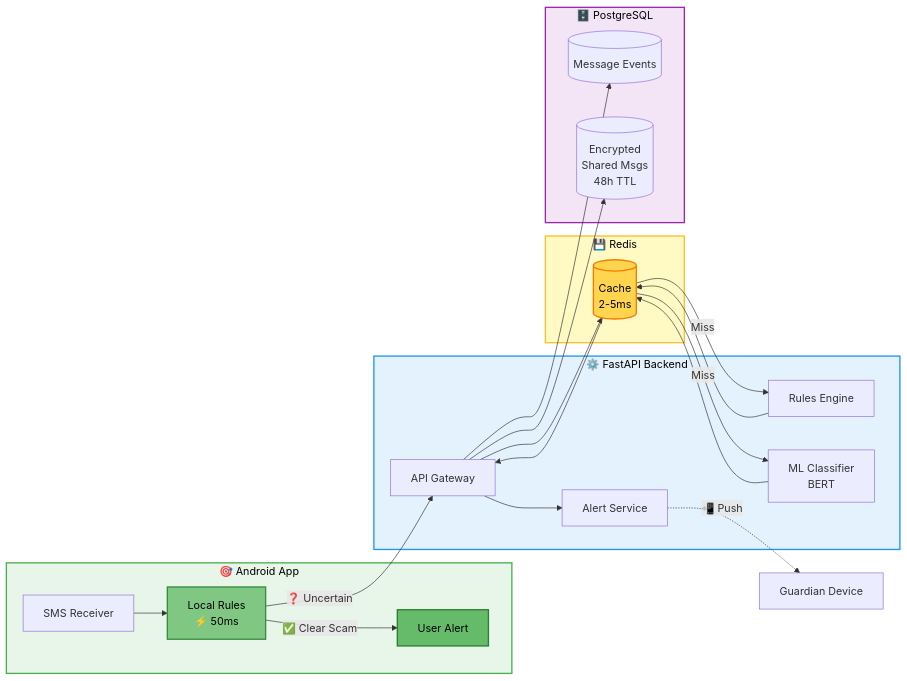
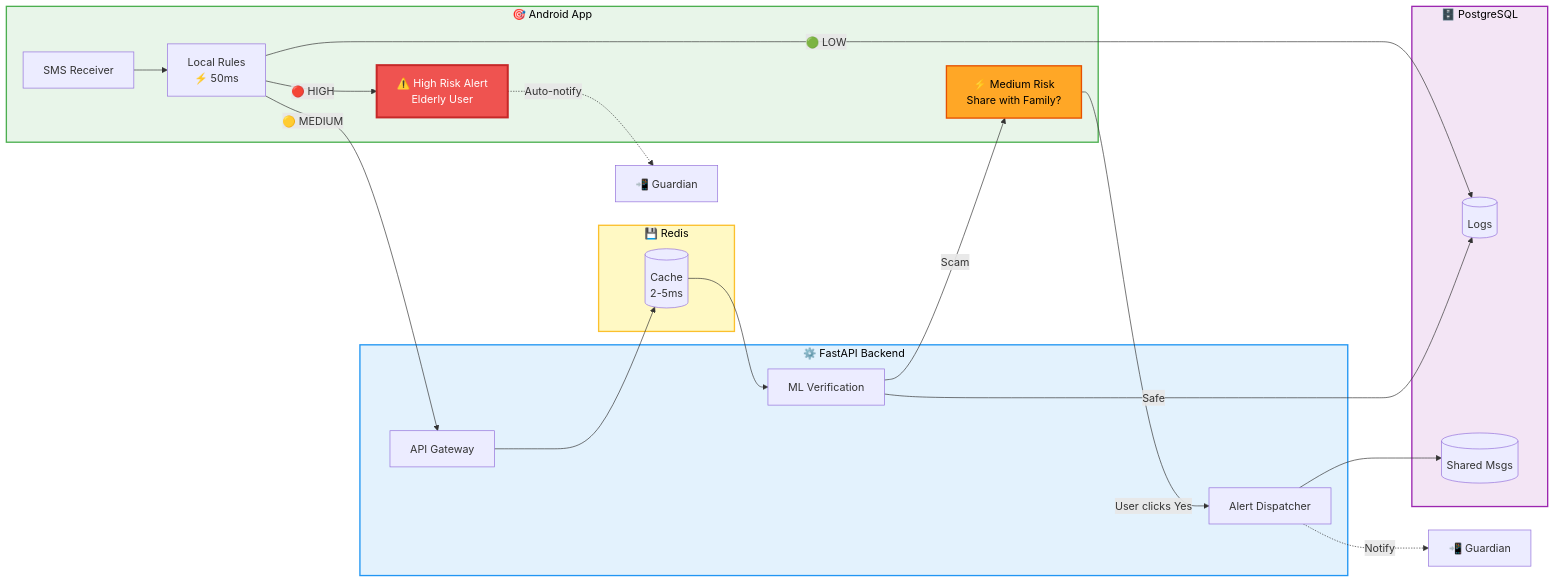
One commit to GA-Safety/Guardian-Agent changed the diagram in README2.md. Above: the diagram before and after it, drawn with Mermaid.

Commit message:
Update flowchart in README2.md for alerts and database

````diff
--- a/README2.md
+++ b/README2.md
@@ -56,49 +56,48 @@
 ```mermaid
 graph LR
     subgraph Frontend["🎯 Android App"]
         SMS[SMS Receiver]
         LOCAL[Local Rules<br/>⚡ 50ms]
-        UI[User Alert]
+        UI_HIGH[⚠️ High Risk Alert<br/>Elderly User]
+        UI_MED[⚡ Medium Risk<br/>Share with Family?]
     end
     
     subgraph Backend["⚙️ FastAPI Backend"]
         API[API Gateway]
-        RULES[Rules Engine]
-        ML[ML Classifier<br/>BERT]
-        ALERT[Alert Service]
+        VERIFY[ML Verification]
+        ALERT[Alert Dispatcher]
     end
     
     subgraph Cache["💾 Redis"]
         REDIS[(Cache<br/>2-5ms)]
     end
     
     subgraph Database["🗄️ PostgreSQL"]
-        DB[(Message Events)]
-        ENC[(Encrypted<br/>Shared Msgs<br/>48h TTL)]
+        DB[(Logs)]
+        ENC[(Shared Msgs)]
     end
     
     SMS --> LOCAL
-    LOCAL -->|✅ Clear Scam| UI
-    LOCAL -->|❓ Uncertain| API
+    LOCAL -->|🔴 HIGH| UI_HIGH
+    LOCAL -->|🟡 MEDIUM| API
+    LOCAL -->|🟢 LOW| DB
+    
+    UI_HIGH -.->|Auto-notify| Guardian1[📲 Guardian]
     
     API --> REDIS
-    REDIS -->|Miss| RULES
-    REDIS -->|Miss| ML
-    RULES --> REDIS
-    ML --> REDIS
-    REDIS --> API
+    REDIS --> VERIFY
+    VERIFY -->|Scam| UI_MED
+    VERIFY -->|Safe| DB
     
-    API --> DB
-    API --> ENC
-    API --> ALERT
+    UI_MED -->|User clicks Yes| ALERT
+    ALERT -.->|Notify| Guardian2[📲 Guardian]
     
-    ALERT -.->|📲 Push| Guardian[Guardian Device]
+    ALERT --> ENC
     
     style Frontend fill:#E8F5E9,stroke:#4CAF50,stroke-width:2px,color:#000
     style Backend fill:#E3F2FD,stroke:#2196F3,stroke-width:2px,color:#000
     style Cache fill:#FFF9C4,stroke:#FBC02D,stroke-width:2px,color:#000
     style Database fill:#F3E5F5,stroke:#9C27B0,stroke-width:2px,color:#000
-    style LOCAL fill:#81C784,stroke:#388E3C,stroke-width:2px,color:#000
-    style REDIS fill:#FFD54F,stroke:#F57C00,stroke-width:2px,color:#000
-    style UI fill:#66BB6A,stroke:#2E7D32,stroke-width:2px,color:#000
+    style UI_HIGH fill:#EF5350,stroke:#C62828,stroke-width:3px,color:#FFF
+    style UI_MED fill:#FFA726,stroke:#E65100,stroke-width:2px,color:#000
 ```
````
